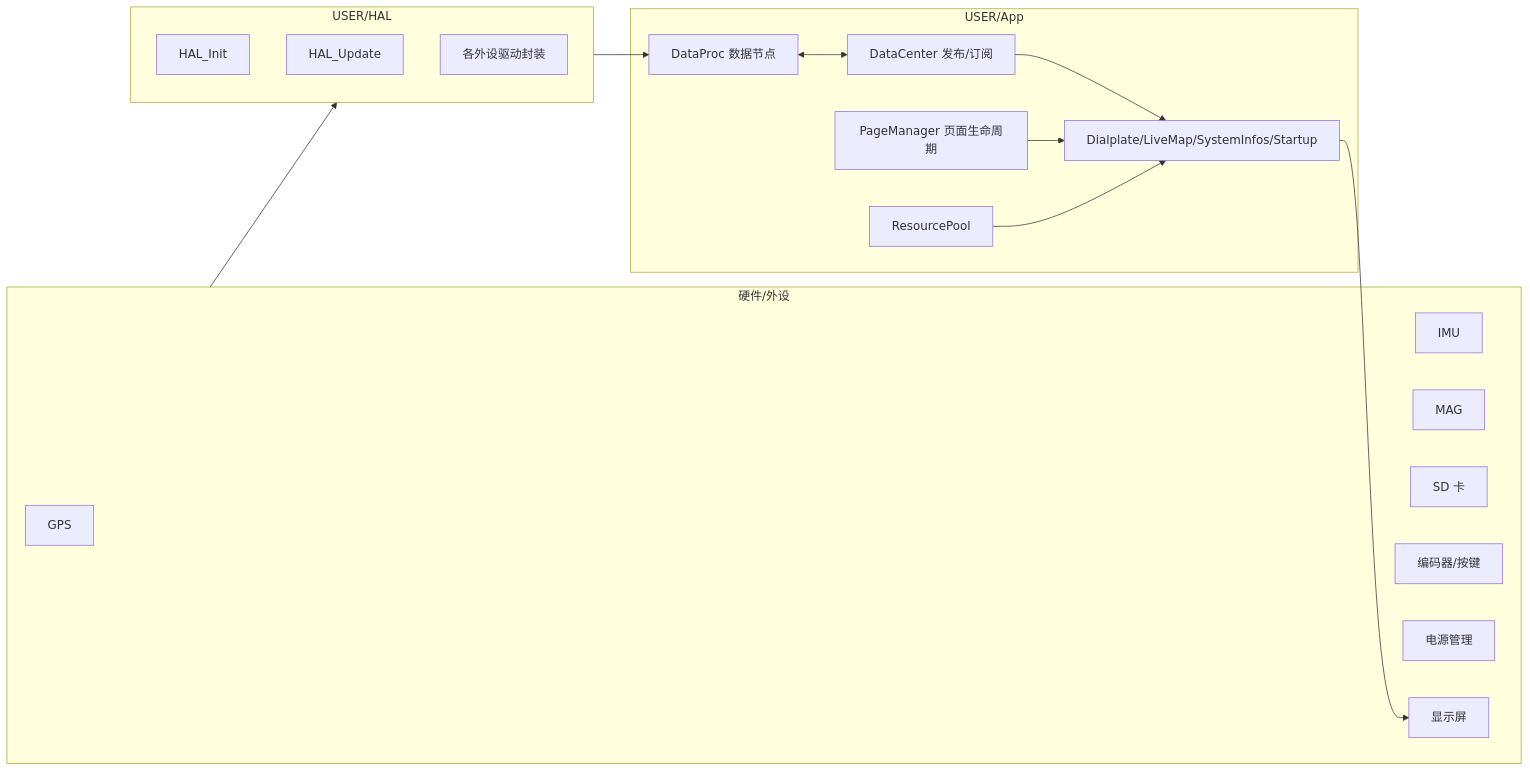
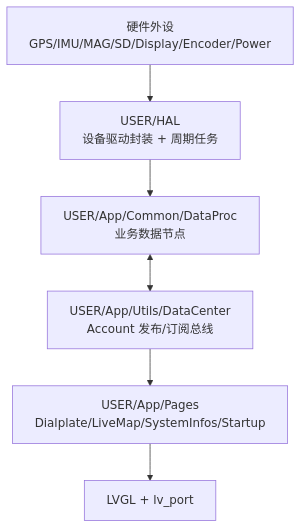
One commit to twotigers0608/X-TRACK changed the first of 5 diagrams in Software/README.md. Above: the diagram before and after it, drawn with Mermaid. The commit also changed other lines of this file, not shown here.

Commit message:
docs: refine software architecture and runtime principle analysis

````diff
--- a/Software/README.md
+++ b/Software/README.md
@@ -130,34 +108,8 @@
 ```mermaid
-flowchart LR
-    subgraph HW[硬件/外设]
-        GPS[GPS]
-        IMU[IMU]
-        MAG[MAG]
-        SD[SD 卡]
-        ENC[编码器/按键]
-        PWR[电源管理]
-        DISP[显示屏]
-    end
-
-    subgraph HAL[USER/HAL]
-        HALInit[HAL_Init]
-        HALUpdate[HAL_Update]
-        Driver[各外设驱动封装]
-    end
-
-    subgraph APP[USER/App]
-        DP[DataProc 数据节点]
-        DC[DataCenter 发布/订阅]
-        PM[PageManager 页面生命周期]
-        Pages[Dialplate/LiveMap/SystemInfos/Startup]
-        Res[ResourcePool]
-    end
-
-    HW --> HAL
-    HAL --> DP
-    DP <--> DC
-    DC --> Pages
-    PM --> Pages
-    Res --> Pages
-    Pages --> DISP
+flowchart TB
+    HW[硬件外设<br/>GPS/IMU/MAG/SD/Display/Encoder/Power] --> HAL[USER/HAL<br/>设备驱动封装 + 周期任务]
+    HAL --> DP[USER/App/Common/DataProc<br/>业务数据节点]
+    DP <--> DC[USER/App/Utils/DataCenter<br/>Account 发布/订阅总线]
+    DC --> UI[USER/App/Pages<br/>Dialplate/LiveMap/SystemInfos/Startup]
+    UI --> LVGL[LVGL + lv_port]
 ```
````
